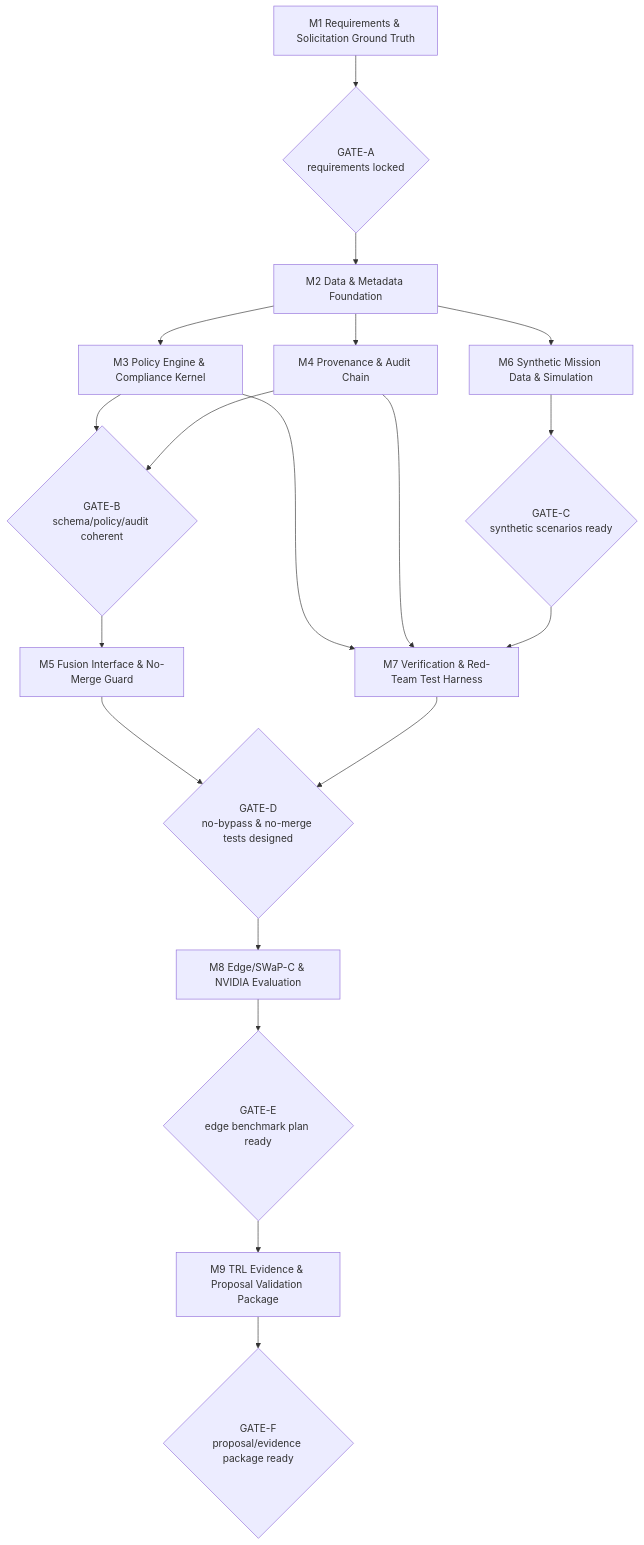
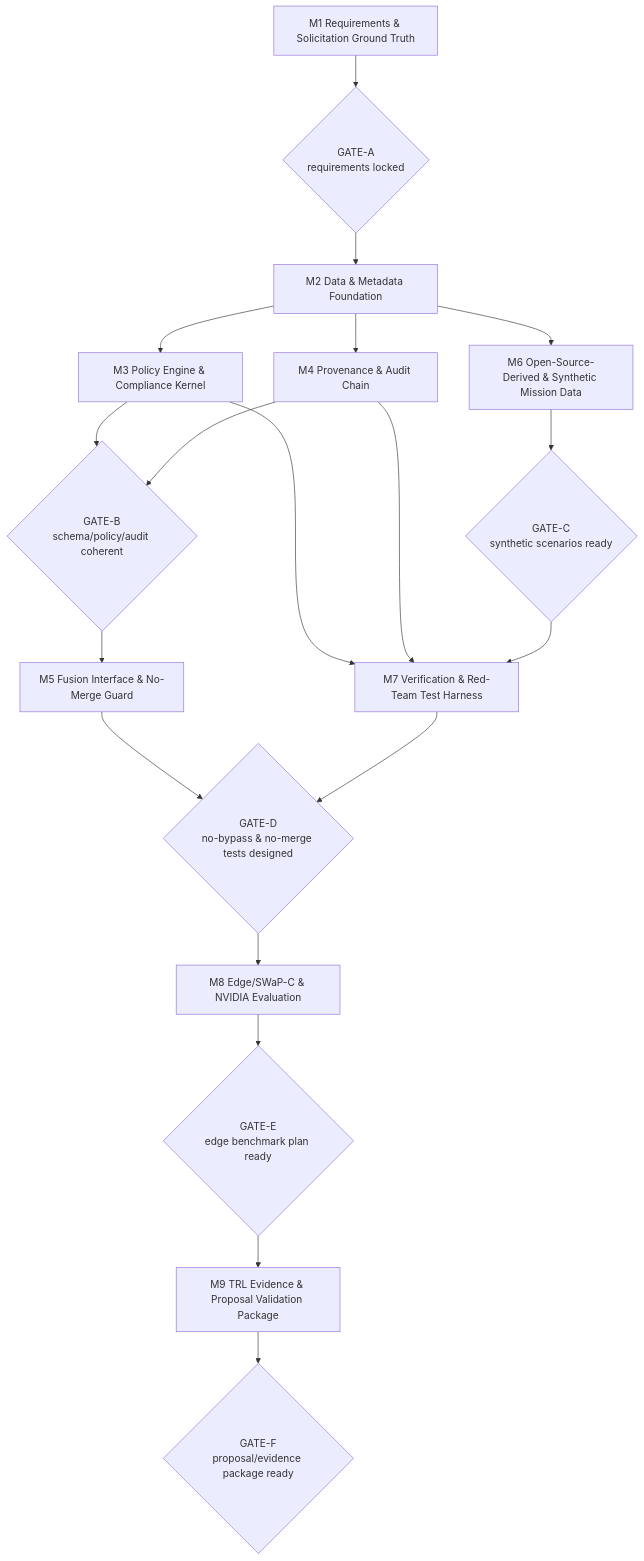
Before and after one commit to Olatomiwaola/sahtune-fusion-fce: the first of 2 diagrams in docs/14_execution-architecture-m1-m9.md, drawn with Mermaid. The commit also changed other lines of this file and 11 other files, not shown here.

Commit message:
Add laptop PoC validation architecture

````diff
--- a/docs/14_execution-architecture-m1-m9.md
+++ b/docs/14_execution-architecture-m1-m9.md
@@ -26,21 +29,21 @@
 ```mermaid
 flowchart TD
   M1[M1 Requirements & Solicitation Ground Truth] --> GA{GATE-A\nrequirements locked}
   GA --> M2[M2 Data & Metadata Foundation]
   M2 --> M3[M3 Policy Engine & Compliance Kernel]
   M2 --> M4[M4 Provenance & Audit Chain]
-  M2 --> M6[M6 Synthetic Mission Data & Simulation]
+  M2 --> M6[M6 Open-Source-Derived & Synthetic Mission Data]
   M3 --> GB{GATE-B\nschema/policy/audit coherent}
   M4 --> GB
   GB --> M5[M5 Fusion Interface & No-Merge Guard]
   M6 --> GC{GATE-C\nsynthetic scenarios ready}
   M3 --> M7[M7 Verification & Red-Team Test Harness]
   M4 --> M7
   M5 --> GD{GATE-D\nno-bypass & no-merge tests designed}
   GC --> M7
   M7 --> GD
   GD --> M8[M8 Edge/SWaP-C & NVIDIA Evaluation]
   M8 --> GE{GATE-E\nedge benchmark plan ready}
   GE --> M9[M9 TRL Evidence & Proposal Validation Package]
   M9 --> GF{GATE-F\nproposal/evidence package ready}
 ```
````
